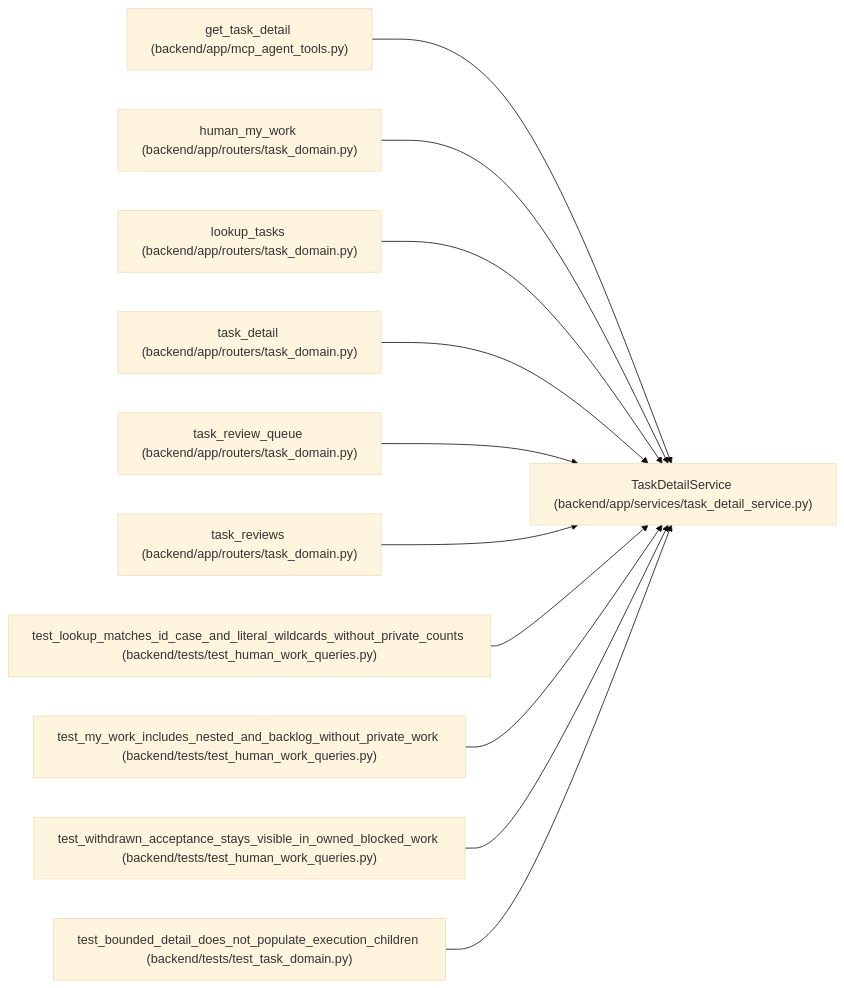
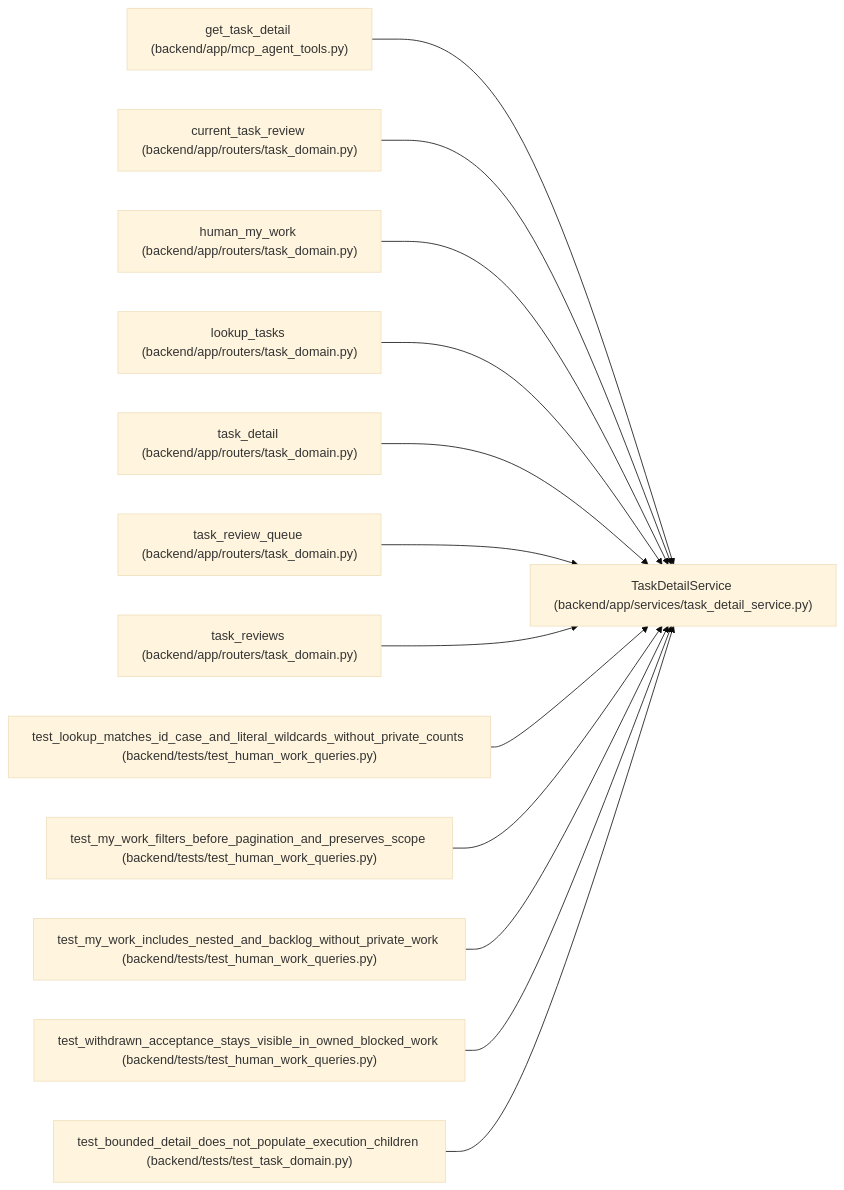
Before and after one commit to Denissvgn/WorkChord: the diagram in docs/llm_wiki/entities/TaskDetailService.md, drawn with Mermaid (base theme). The commit also changed other lines of this file and 6624 other files, not shown here.

````diff
--- a/docs/llm_wiki/entities/TaskDetailService.md
+++ b/docs/llm_wiki/entities/TaskDetailService.md
@@ -30,35 +30,41 @@
 ```mermaid
 flowchart LR
     n0["TaskDetailService (backend/app/services/task_detail_service.py)"]
     n1["get_task_detail (backend/app/mcp_agent_tools.py)"]
-    n2["human_my_work (backend/app/routers/task_domain.py)"]
-    n3["lookup_tasks (backend/app/routers/task_domain.py)"]
-    n4["task_detail (backend/app/routers/task_domain.py)"]
-    n5["task_review_queue (backend/app/routers/task_domain.py)"]
-    n6["task_reviews (backend/app/routers/task_domain.py)"]
-    n7["test_lookup_matches_id_case_and_literal_wildcards_without_private_counts (backend/tests/test_human_work_queries.py)"]
-    n8["test_my_work_includes_nested_and_backlog_without_private_work (backend/tests/test_human_work_queries.py)"]
-    n9["test_withdrawn_acceptance_stays_visible_in_owned_blocked_work (backend/tests/test_human_work_queries.py)"]
-    n10["test_bounded_detail_does_not_populate_execution_children (backend/tests/test_task_domain.py)"]
+    n2["current_task_review (backend/app/routers/task_domain.py)"]
+    n3["human_my_work (backend/app/routers/task_domain.py)"]
+    n4["lookup_tasks (backend/app/routers/task_domain.py)"]
+    n5["task_detail (backend/app/routers/task_domain.py)"]
+    n6["task_review_queue (backend/app/routers/task_domain.py)"]
+    n7["task_reviews (backend/app/routers/task_domain.py)"]
+    n8["test_lookup_matches_id_case_and_literal_wildcards_without_private_counts (backend/tests/test_human_work_queries.py)"]
+    n9["test_my_work_filters_before_pagination_and_preserves_scope (backend/tests/test_human_work_queries.py)"]
+    n10["test_my_work_includes_nested_and_backlog_without_private_work (backend/tests/test_human_work_queries.py)"]
+    n11["test_withdrawn_acceptance_stays_visible_in_owned_blocked_work (backend/tests/test_human_work_queries.py)"]
+    n12["test_bounded_detail_does_not_populate_execution_children (backend/tests/test_task_domain.py)"]
     n1 --> n0
     n2 --> n0
     n3 --> n0
     n4 --> n0
     n5 --> n0
     n6 --> n0
     n7 --> n0
     n8 --> n0
     n9 --> n0
     n10 --> n0
+    n11 --> n0
+    n12 --> n0
     click n0 "../modules/task_detail_service.md"
     click n1 "../modules/mcp_agent_tools.md"
     click n2 "../modules/routers_task_domain.md"
     click n3 "../modules/routers_task_domain.md"
     click n4 "../modules/routers_task_domain.md"
     click n5 "../modules/routers_task_domain.md"
     click n6 "../modules/routers_task_domain.md"
-    click n7 "../modules/test_human_work_queries.md"
+    click n7 "../modules/routers_task_domain.md"
     click n8 "../modules/test_human_work_queries.md"
     click n9 "../modules/test_human_work_queries.md"
-    click n10 "../modules/test_task_domain.md"
+    click n10 "../modules/test_human_work_queries.md"
+    click n11 "../modules/test_human_work_queries.md"
+    click n12 "../modules/test_task_domain.md"
 ```
````
